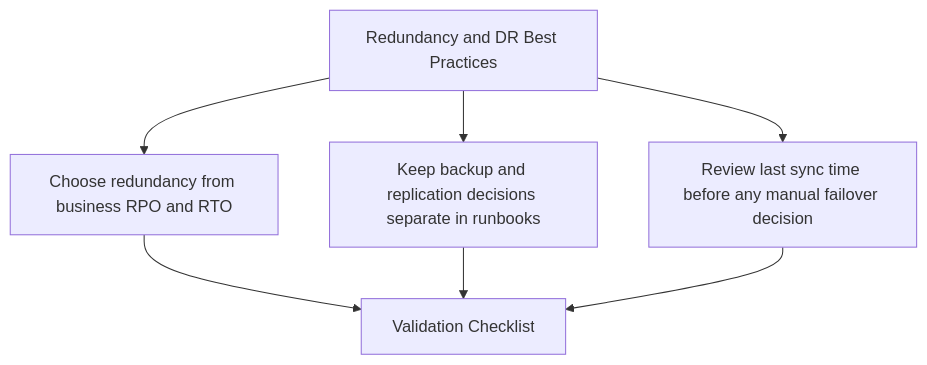
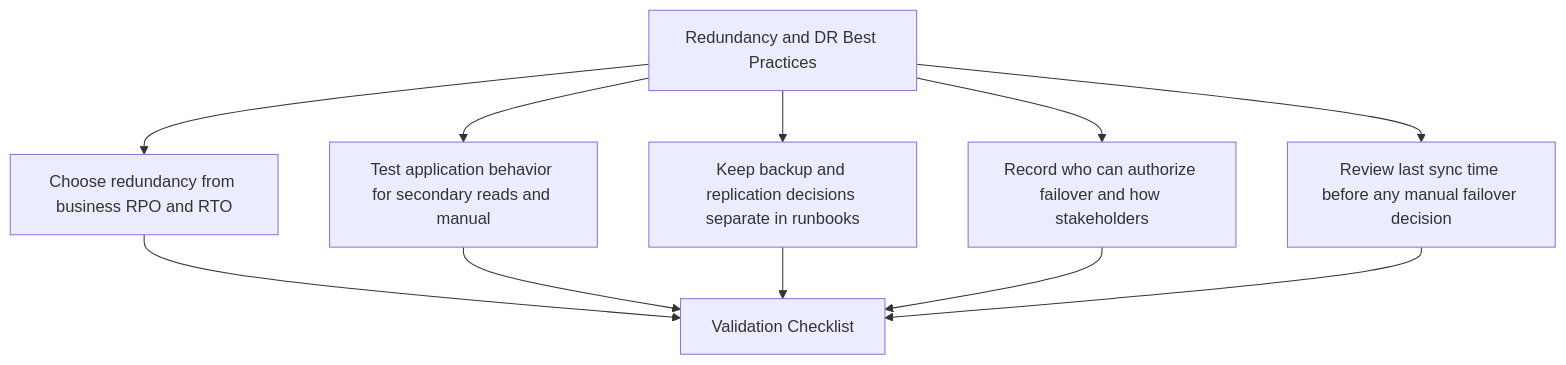
One commit to yeongseon/azure-storage-practical-guide changed the diagram in docs/best-practices/redundancy-and-dr-best-practices.md. Above: the diagram before and after it, drawn with Mermaid. The commit also changed 9 other files, not shown here.

Commit message:
fix: rebuild remaining BP diagrams from practice bullets with label shortening

````diff
--- a/docs/best-practices/redundancy-and-dr-best-practices.md
+++ b/docs/best-practices/redundancy-and-dr-best-practices.md
@@ -29,14 +29,20 @@
 ```mermaid
 flowchart TD
     T["Redundancy and DR Best Practices"]
     P1["Choose redundancy from business RPO and RTO"]
     T --> P1
-    P2["Keep backup and replication decisions separate in runbooks"]
+    P2["Test application behavior for secondary reads and manual"]
     T --> P2
-    P3["Review last sync time before any manual failover decision"]
+    P3["Keep backup and replication decisions separate in runbooks"]
     T --> P3
+    P4["Record who can authorize failover and how stakeholders"]
+    T --> P4
+    P5["Review last sync time before any manual failover decision"]
+    T --> P5
     V["Validation Checklist"]
     P1 --> V
     P2 --> V
     P3 --> V
+    P4 --> V
+    P5 --> V
 ```
````
